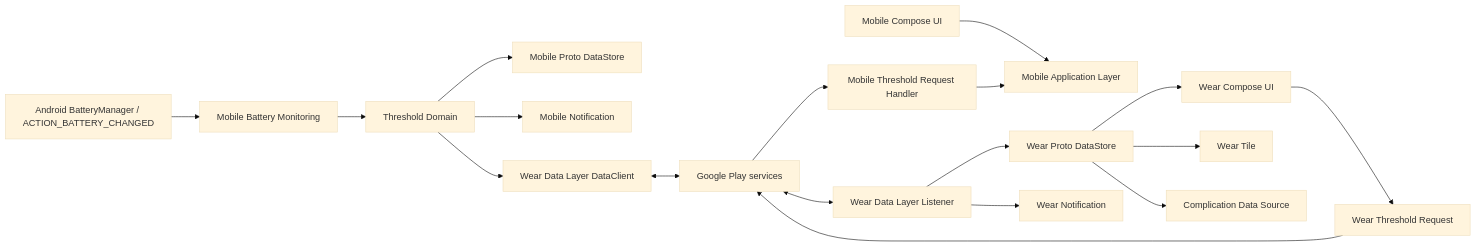
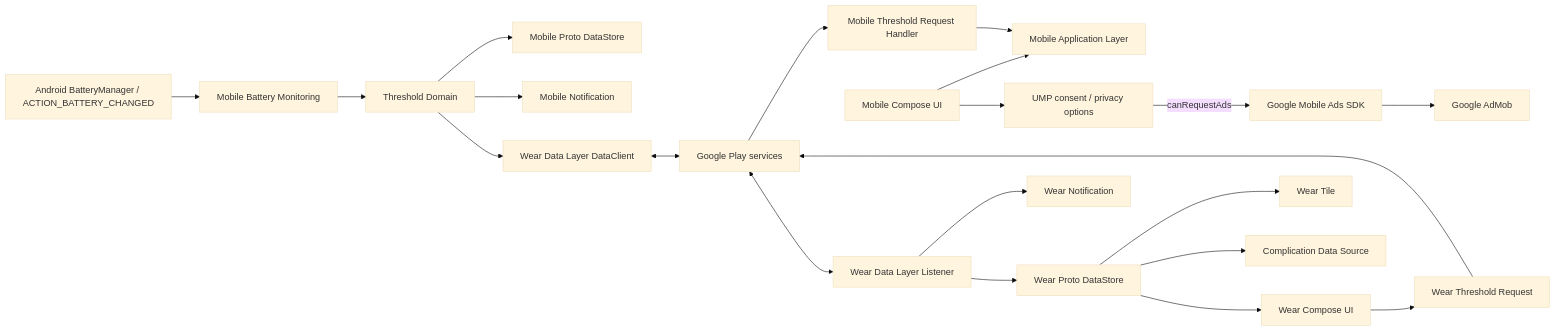
The diagram in docs/system-architecture-design.md (YoshihisaSaitou/battery-notifier), drawn with Mermaid (base theme) before and after one commit. The commit also changed other lines of this file and 23 other files, not shown here.

Commit message:
Added Google AdMob

````diff
--- a/docs/system-architecture-design.md
+++ b/docs/system-architecture-design.md
@@ -20,20 +20,23 @@
 ```mermaid
 flowchart LR
     Battery["Android BatteryManager / ACTION_BATTERY_CHANGED"] --> MobileMonitor["Mobile Battery Monitoring"]
     MobileUI["Mobile Compose UI"] --> MobileApp["Mobile Application Layer"]
+    MobileUI --> AdConsent["UMP consent / privacy options"]
+    AdConsent -->|"canRequestAds"| MobileAds["Google Mobile Ads SDK"]
+    MobileAds --> AdMob["Google AdMob"]
     MobileMonitor --> MobileDomain["Threshold Domain"]
     MobileDomain --> MobileStore["Mobile Proto DataStore"]
     MobileDomain --> MobileNotify["Mobile Notification"]
     MobileDomain --> DataClient["Wear Data Layer DataClient"]
     DataClient <--> PlayServices["Google Play services"]
     PlayServices <--> WearListener["Wear Data Layer Listener"]
     WearListener --> WearStore["Wear Proto DataStore"]
     WearStore --> WearUI["Wear Compose UI"]
     WearStore --> Tile["Wear Tile"]
     WearStore --> Complication["Complication Data Source"]
     WearListener --> WearNotify["Wear Notification"]
     WearUI --> WearCommand["Wear Threshold Request"]
     WearCommand --> PlayServices
     PlayServices --> MobileCommand["Mobile Threshold Request Handler"]
     MobileCommand --> MobileApp
 ```
````
